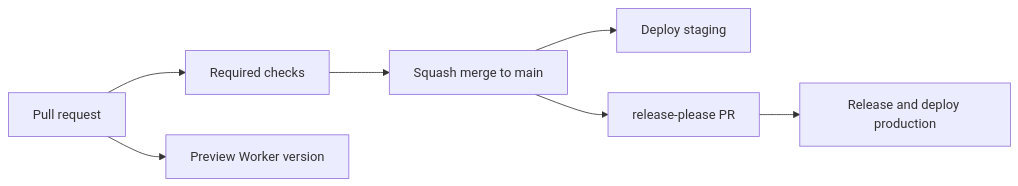
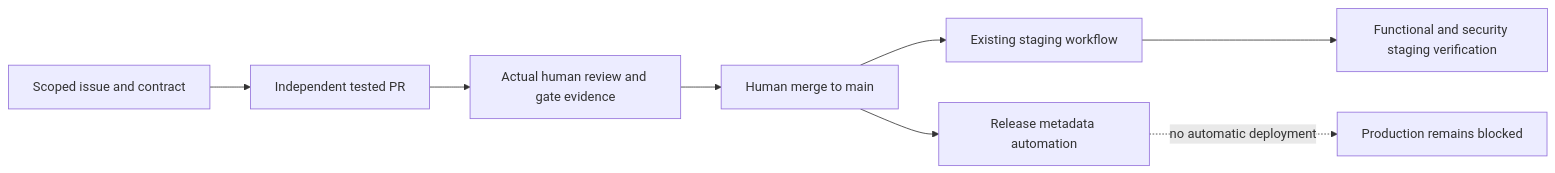
One commit to Dream-Team-Engineers/pushkara-mitra changed the second of 2 diagrams in docs/architecture.md. Above: the diagram before and after it, drawn with Mermaid. The commit also changed other lines of this file and 6 other files, not shown here.

Commit message:
docs: design original product architecture and audit delivery readiness

````diff
--- a/docs/architecture.md
+++ b/docs/architecture.md
@@ -42,9 +228,10 @@
 ```mermaid
 flowchart LR
-  pr[Pull request] --> checks[Required checks]
-  checks --> merge[Squash merge to main]
-  merge --> staging[Deploy staging]
-  merge --> rp[release-please PR]
-  rp --> prod[Release and deploy production]
-  pr --> preview[Preview Worker version]
+  task[Scoped issue and contract] --> pr[Independent tested PR]
+  pr --> review[Actual human review and gate evidence]
+  review --> main[Human merge to main]
+  main --> staging[Existing staging workflow]
+  main --> release[Release metadata automation]
+  release -. no automatic deployment .-> block[Production remains blocked]
+  staging --> verify[Functional and security staging verification]
 ```
````
